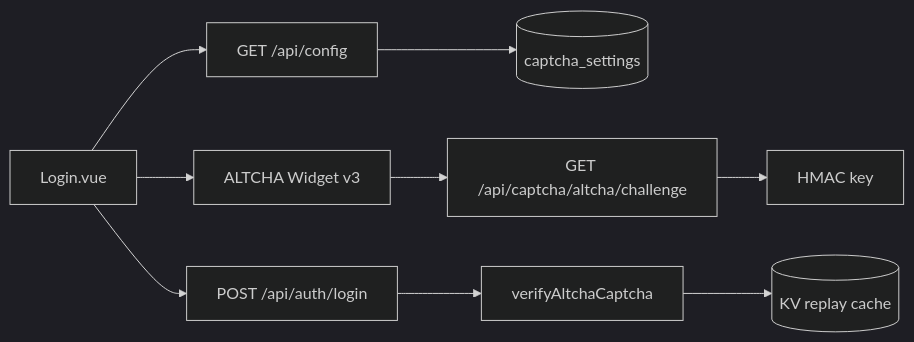
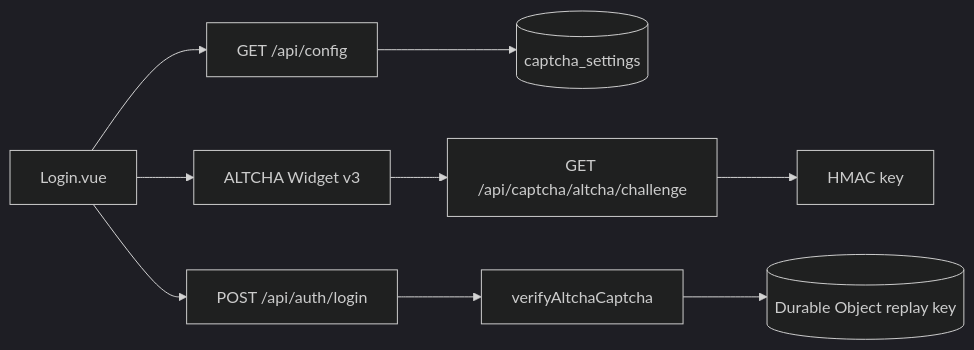
Before and after one commit to StormBlue/edge-muse-platform: the first of 2 diagrams in docs/altcha-captcha/requirements.md, drawn with Mermaid (dark theme). The commit also changed other lines of this file and 18 other files, not shown here.

````diff
--- a/docs/altcha-captcha/requirements.md
+++ b/docs/altcha-captcha/requirements.md
@@ -242,11 +242,11 @@
 ```mermaid
 graph LR
   Login[Login.vue] --> Config[GET /api/config]
   Config --> CaptchaSettings[(captcha_settings)]
   Login --> AltchaWidget[ALTCHA Widget v3]
   AltchaWidget --> Challenge[GET /api/captcha/altcha/challenge]
   Challenge --> Hmac[HMAC key]
   Login --> Auth[POST /api/auth/login]
   Auth --> Verify[verifyAltchaCaptcha]
-  Verify --> KV[(KV replay cache)]
+  Verify --> Replay[(Durable Object replay key)]
 ```
````
